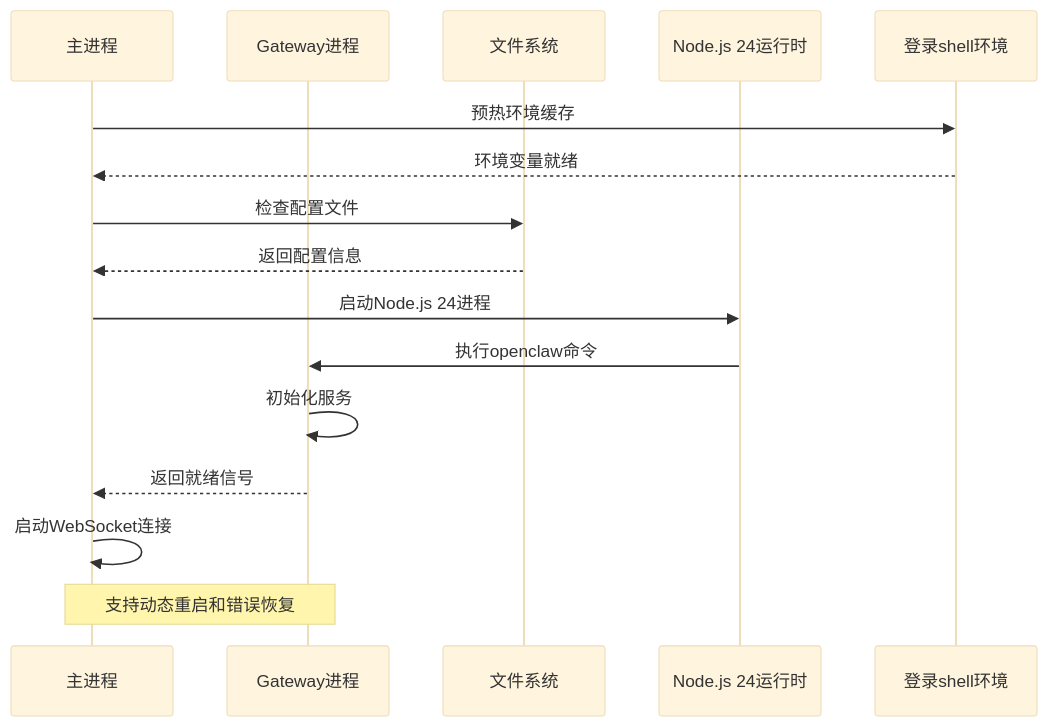
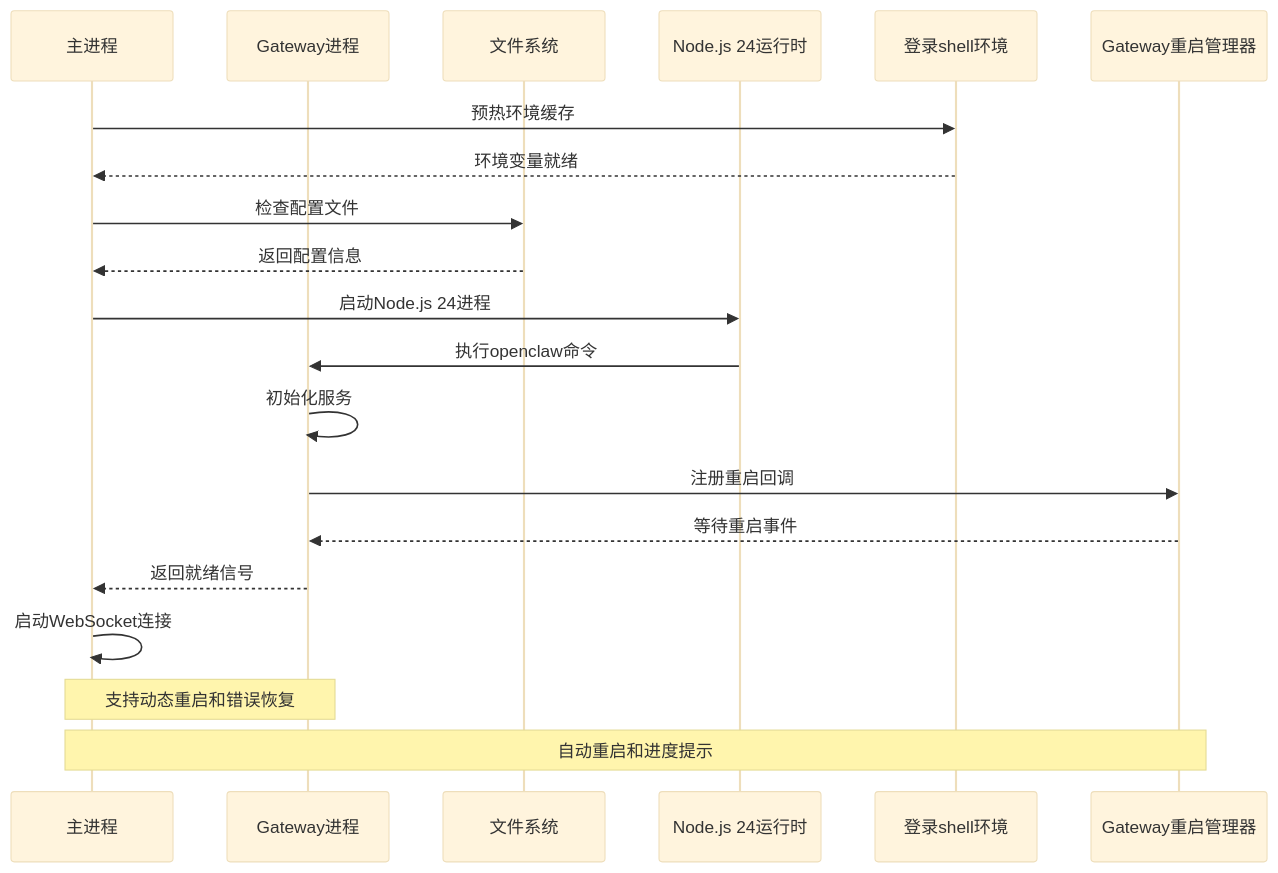
Before and after one commit to verse-ai-org/openclaw: the sixth of 49 diagrams in .qoder/repowiki/zh/content/核心概念/Electron应用增强.md, drawn with Mermaid (base theme). The commit also changed other lines of this file and 40 other files, not shown here.

````diff
--- a/.qoder/repowiki/zh/content/核心概念/Electron应用增强.md
+++ b/.qoder/repowiki/zh/content/核心概念/Electron应用增强.md
@@ -510,18 +568,22 @@
 ```mermaid
 sequenceDiagram
 participant Main as 主进程
 participant Gateway as Gateway进程
 participant FS as 文件系统
 participant NodeRuntime as Node.js 24运行时
 participant ShellEnv as 登录shell环境
+participant RestartManager as Gateway重启管理器
 Main->>ShellEnv : 预热环境缓存
 ShellEnv-->>Main : 环境变量就绪
 Main->>FS : 检查配置文件
 FS-->>Main : 返回配置信息
 Main->>NodeRuntime : 启动Node.js 24进程
 NodeRuntime->>Gateway : 执行openclaw命令
 Gateway->>Gateway : 初始化服务
+Gateway->>RestartManager : 注册重启回调
+RestartManager-->>Gateway : 等待重启事件
 Gateway-->>Main : 返回就绪信号
 Main->>Main : 启动WebSocket连接
 Note over Main,Gateway : 支持动态重启和错误恢复
+Note over Main,RestartManager : 自动重启和进度提示
 ```
````
